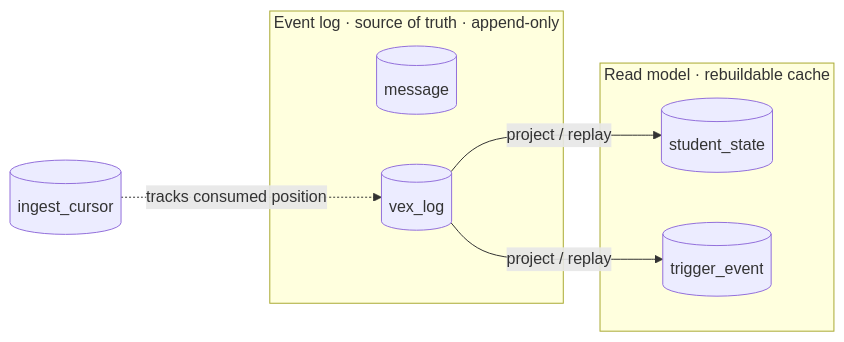
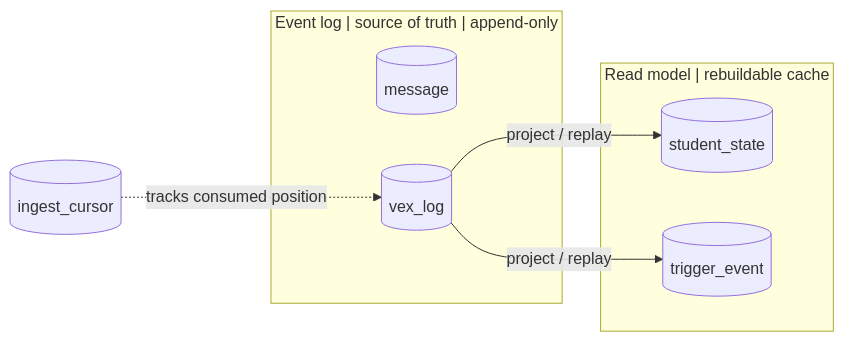
The diagram in docs/concepts/data-model.md (InviteInstitute/lm-dashboard), drawn with Mermaid before and after one commit. The commit also changed 5 other files, not shown here.

First line of the commit message:
Drop the interpunct separator from docs diagrams and prose

````diff
--- a/docs/concepts/data-model.md
+++ b/docs/concepts/data-model.md
@@ -16,15 +16,15 @@
 ```mermaid
 flowchart LR
-    subgraph truth["Event log · source of truth · append-only"]
+    subgraph truth["Event log | source of truth | append-only"]
         msg[("message")]
         vex[("vex_log")]
     end
-    subgraph cache["Read model · rebuildable cache"]
+    subgraph cache["Read model | rebuildable cache"]
         ss[("student_state")]
         te[("trigger_event")]
     end
     cur[("ingest_cursor")]
     vex -->|"project / replay"| ss
     vex -->|"project / replay"| te
     cur -. "tracks consumed position" .-> vex
 ```
````
